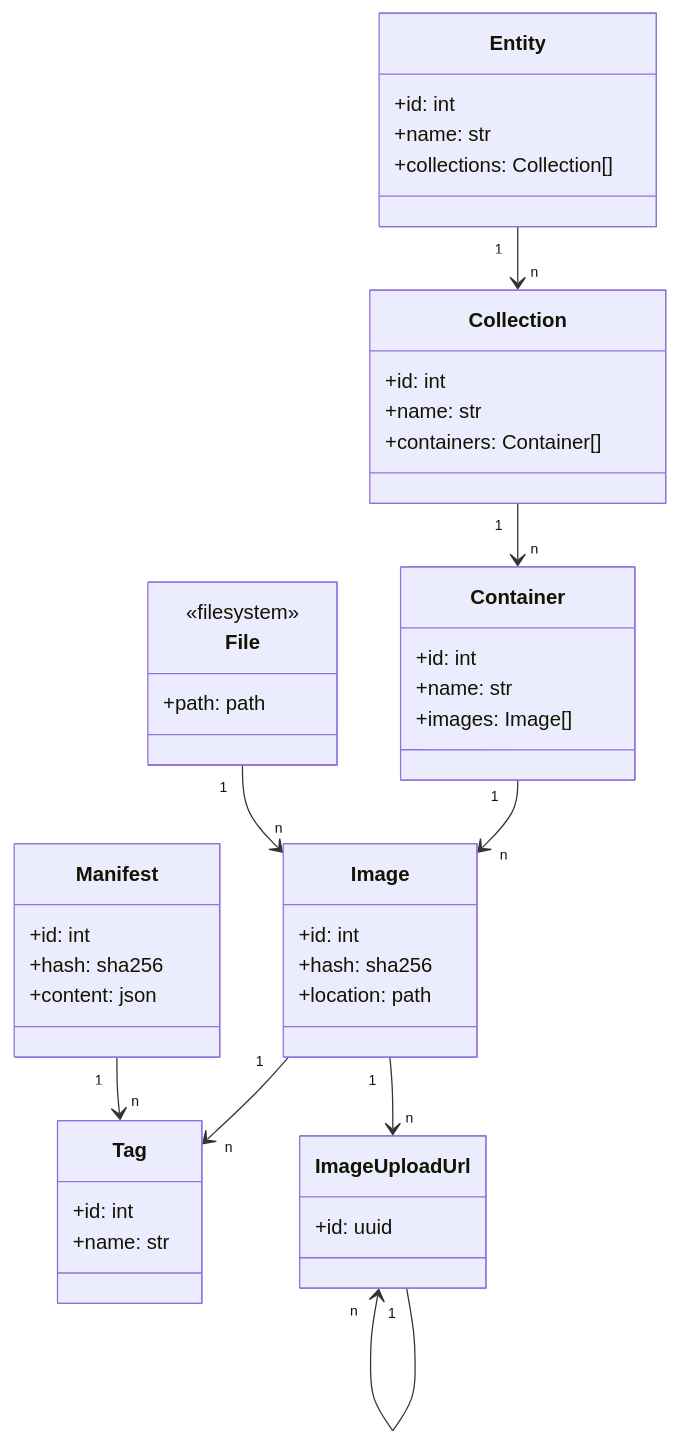
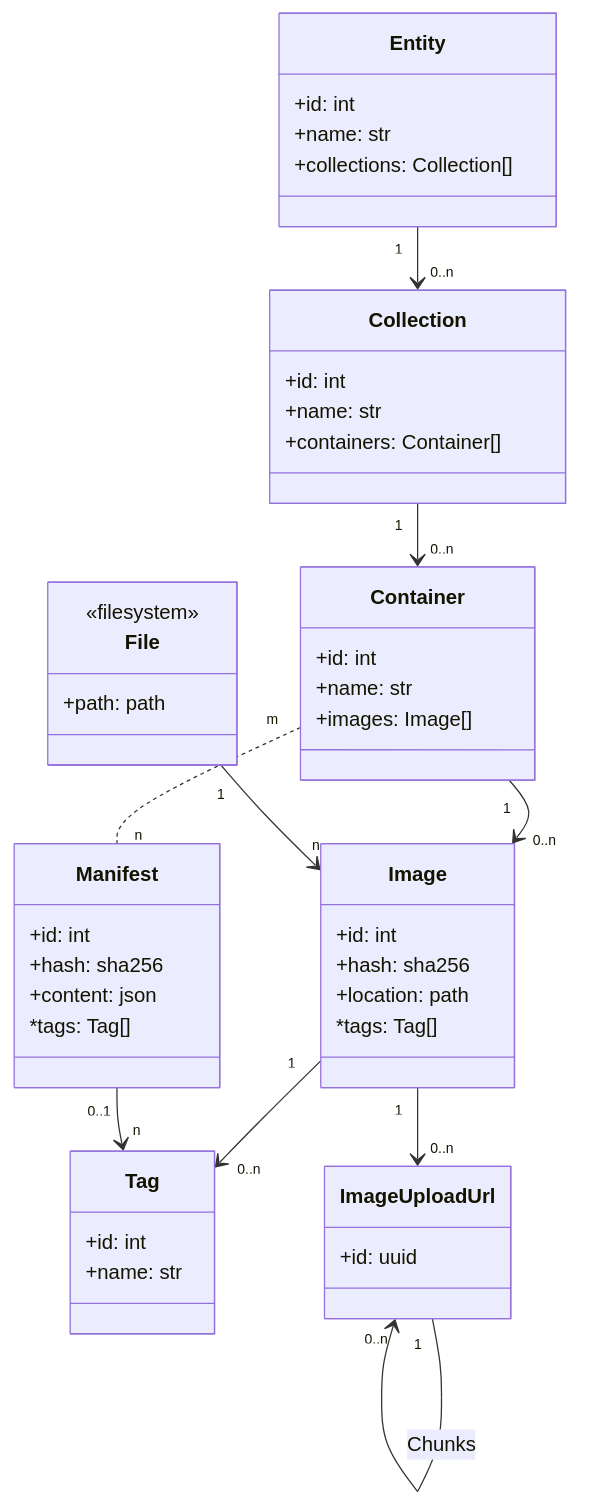
One commit to csf-ngs/hinkskalle changed the diagram in share/doc/model.md. Above: the diagram before and after it, drawn with Mermaid.

Commit message:
possible manifest->container link

````diff
--- a/share/doc/model.md
+++ b/share/doc/model.md
@@ -3,49 +3,52 @@
 ```mermaid
 classDiagram
-  Entity "1" --> "n" Collection
-  Collection "1" --> "n" Container
-  Container "1" --> "n" Image
-  Image "1" --> "n" Tag
-  Image "1" --> "n" ImageUploadUrl
+  Entity "1" --> "0..n" Collection
+  Collection "1" --> "0..n" Container
+  Container "1" --> "0..n" Image
+  Image "1" --> "0..n" Tag
+  Image "1" --> "0..n" ImageUploadUrl
   File "1" --> "n" Image
-  ImageUploadUrl "1" --> "n" ImageUploadUrl
-  Manifest "1" --> "n" Tag
+  ImageUploadUrl "1" --> "0..n" ImageUploadUrl : Chunks
+  Manifest "0..1" --> "n" Tag
+  Container "m" .. "n" Manifest
 
   class Entity {
     +id: int
     +name: str
     +collections: Collection[]
   }
   class Collection {
     +id: int
     +name: str
     +containers: Container[]
   }
   class Container {
     +id: int
     +name: str
     +images: Image[]
   }
   class Image {
     +id: int
     +hash: sha256
     +location: path
+    *tags: Tag[]
   }
   class Tag {
     +id: int
     +name: str
   }
   class Manifest {
     +id: int
     +hash: sha256
     +content: json
+    *tags: Tag[]
   }
   class ImageUploadUrl {
     +id: uuid
   }
   class File {
     <<filesystem>>
     +path: path
 
   }
 ```
````
